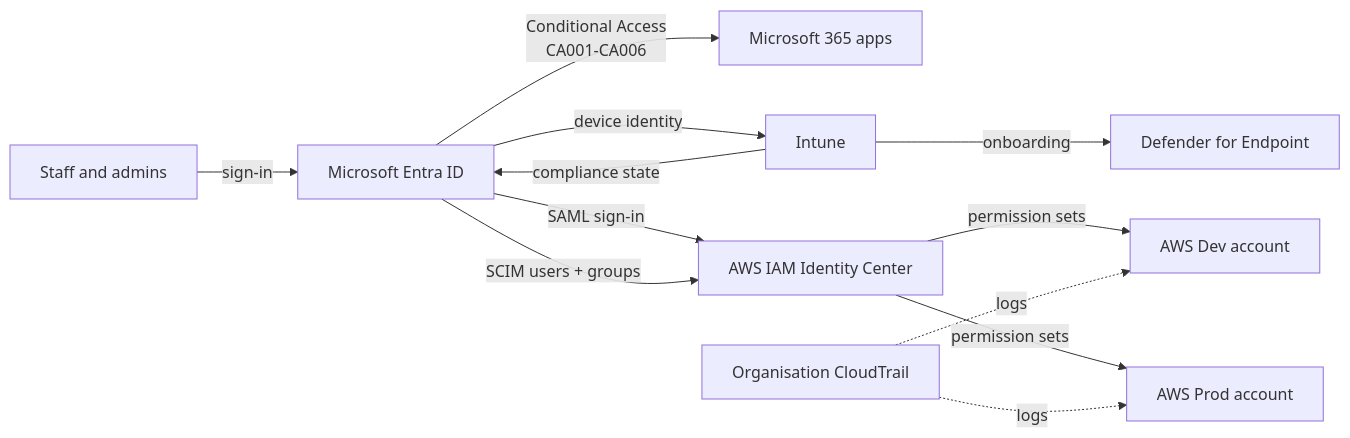
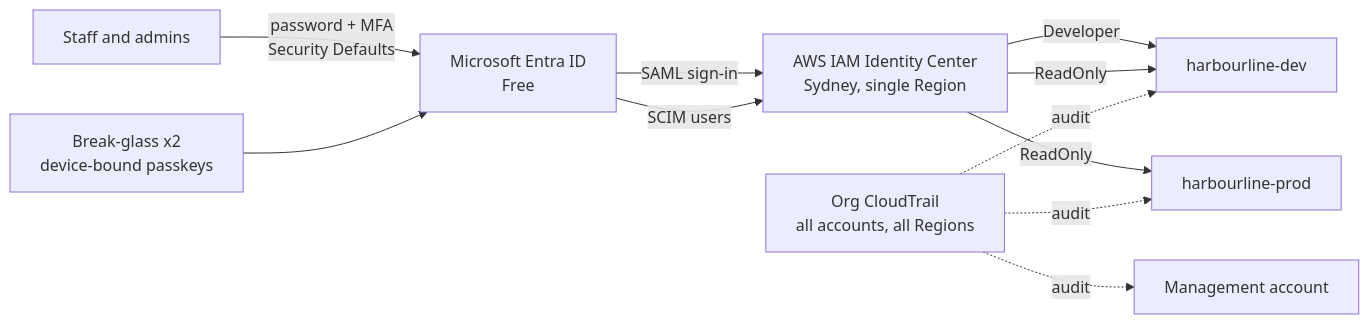
Before and after one commit to Mannraj5/Project-8-M365-AWS-Identity-Lab: the diagram in docs/as-built.md, drawn with Mermaid. The commit also changed other lines of this file and 6 other files, not shown here.

````diff
--- a/docs/as-built.md
+++ b/docs/as-built.md
@@ -19,13 +23,13 @@
 ```mermaid
 flowchart LR
-    U[Staff and admins] -->|sign-in| E[Microsoft Entra ID]
-    E -->|Conditional Access<br/>CA001-CA006| M[Microsoft 365 apps]
-    E -->|device identity| I[Intune]
-    I -->|compliance state| E
-    I -->|onboarding| D[Defender for Endpoint]
-    E -->|SAML sign-in| IC[AWS IAM Identity Center]
-    E -->|SCIM users + groups| IC
-    IC -->|permission sets| DEV[AWS Dev account]
-    IC -->|permission sets| PROD[AWS Prod account]
-    CT[Organisation CloudTrail] -.logs.-> DEV & PROD
+    U[Staff and admins] -->|password + MFA<br/>Security Defaults| E[Microsoft Entra ID<br/>Free]
+    BG[Break-glass x2<br/>device-bound passkeys] --> E
+    E -->|SAML sign-in| IC[AWS IAM Identity Center<br/>Sydney, single Region]
+    E -->|SCIM users| IC
+    IC -->|Developer| DEV[harbourline-dev]
+    IC -->|ReadOnly| PROD[harbourline-prod]
+    IC -->|ReadOnly| DEV
+    CT[Org CloudTrail<br/>all accounts, all Regions] -.audit.-> MGMT[Management account]
+    CT -.audit.-> DEV
+    CT -.audit.-> PROD
 ```
````
